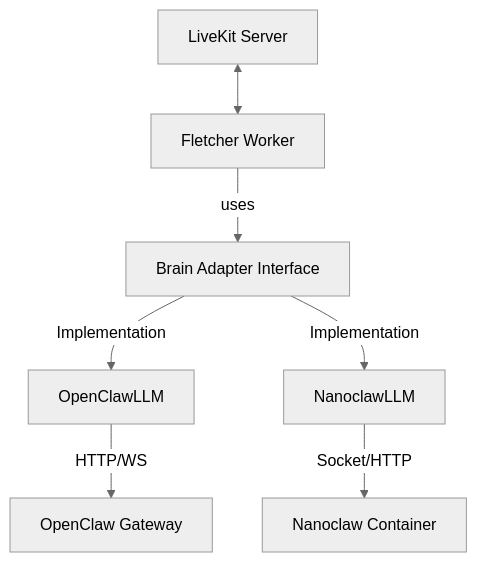
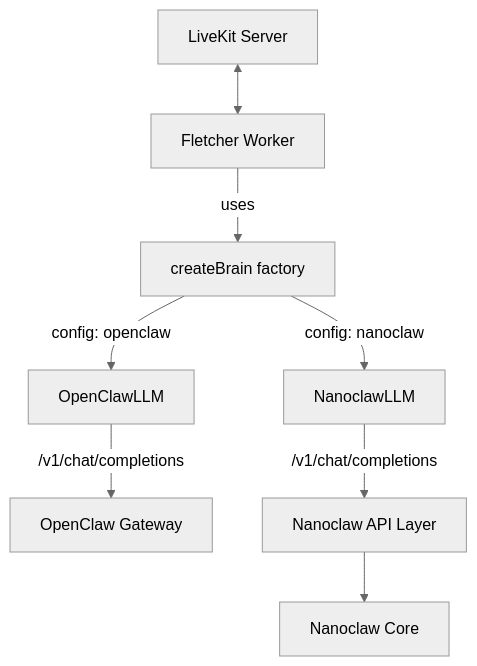
Before and after one commit to dremonkey/fletcher: the second of 2 diagrams in docs/specs/04-livekit-agent-plugin/nanoclaw-integration.md, drawn with Mermaid (neutral theme). The commit also changed other lines of this file and 2 other files, not shown here.

First line of the commit message:
docs: comprehensive nanoclaw integration plan with visual feedback

````diff
--- a/docs/specs/04-livekit-agent-plugin/nanoclaw-integration.md
+++ b/docs/specs/04-livekit-agent-plugin/nanoclaw-integration.md
@@ -20,9 +30,10 @@
 ```mermaid
 graph TD
     LiveKit[LiveKit Server] <--> Worker[Fletcher Worker]
-    Worker -->|uses| BrainAdapter[Brain Adapter Interface]
-    BrainAdapter -->|Implementation| OpenClawLLM
-    BrainAdapter -->|Implementation| NanoclawLLM
-    OpenClawLLM -->|HTTP/WS| OpenClaw[OpenClaw Gateway]
-    NanoclawLLM -->|Socket/HTTP| Nanoclaw[Nanoclaw Container]
+    Worker -->|uses| BrainFactory[createBrain factory]
+    BrainFactory -->|config: openclaw| OpenClawLLM
+    BrainFactory -->|config: nanoclaw| NanoclawLLM
+    OpenClawLLM -->|/v1/chat/completions| OpenClaw[OpenClaw Gateway]
+    NanoclawLLM -->|/v1/chat/completions| NanoclawAPI[Nanoclaw API Layer]
+    NanoclawAPI --> Nanoclaw[Nanoclaw Core]
 ```
````
